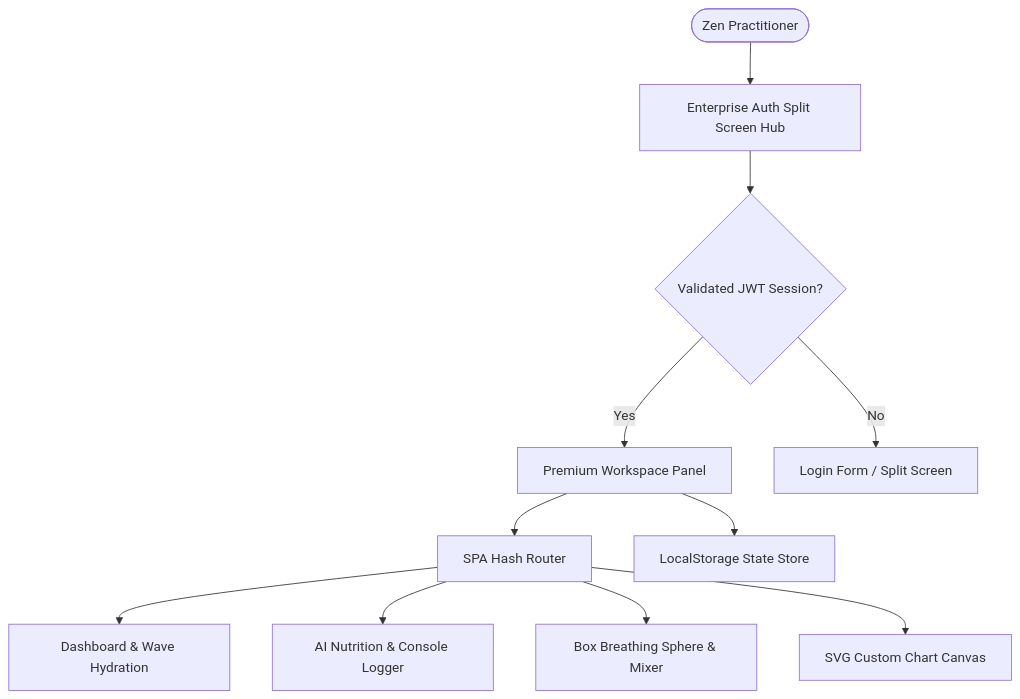
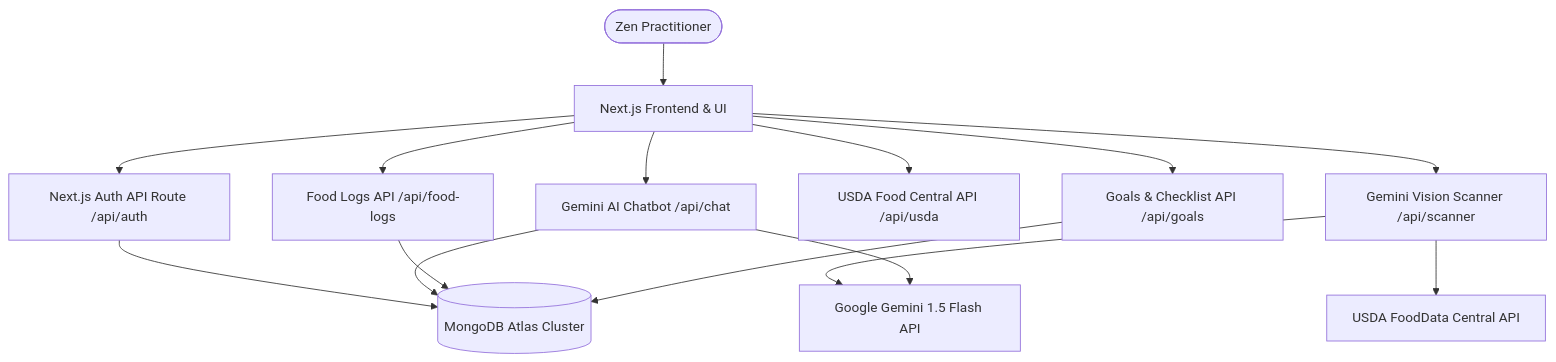
The diagram in README.md (nanmozhi-25/nutrizen-ai), drawn with Mermaid before and after one commit. The commit also changed other lines of this file, not shown here.

Commit message:
Update README.md to describe Next.js full-stack architecture

````diff
--- a/README.md
+++ b/README.md
@@ -13,15 +11,18 @@
 ```mermaid
 graph TD
-    User([Zen Practitioner]) --> Hub[Enterprise Auth Split Screen Hub]
-    Hub --> Session{Validated JWT Session?}
-    Session -- Yes --> Workspace[Premium Workspace Panel]
-    Session -- No --> Redirect[Login Form / Split Screen]
+    User([Zen Practitioner]) --> App[Next.js Frontend & UI]
+    App --> Auth[Next.js Auth API Route /api/auth]
+    App --> Scanner[Gemini Vision Scanner /api/scanner]
+    App --> Chatbot[Gemini AI Chatbot /api/chat]
+    App --> USDA[USDA Food Central API /api/usda]
+    App --> Logs[Food Logs API /api/food-logs]
+    App --> Goals[Goals & Checklist API /api/goals]
     
-    Workspace --> Navigation[SPA Hash Router]
-    Navigation --> Dashboard[Dashboard & Wave Hydration]
-    Navigation --> Planner[AI Nutrition & Console Logger]
-    Navigation --> Breathing[Box Breathing Sphere & Mixer]
-    Navigation --> Reports[SVG Custom Chart Canvas]
-    
-    Workspace --> DB[LocalStorage State Store]
+    Auth --> MongoDB[(MongoDB Atlas Cluster)]
+    Scanner --> GeminiAPI[Google Gemini 1.5 Flash API]
+    Scanner --> USDAAPI[USDA FoodData Central API]
+    Chatbot --> GeminiAPI
+    Chatbot --> MongoDB
+    Logs --> MongoDB
+    Goals --> MongoDB
 ```
````
